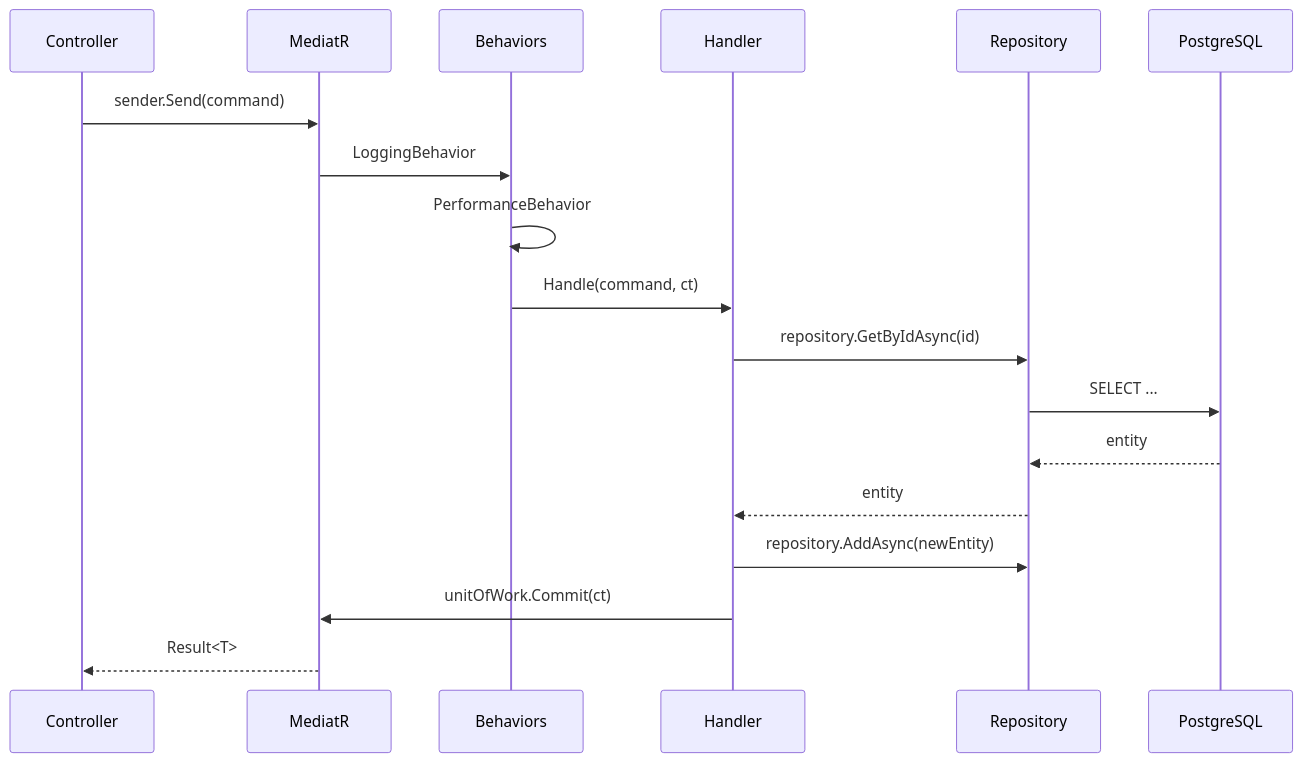
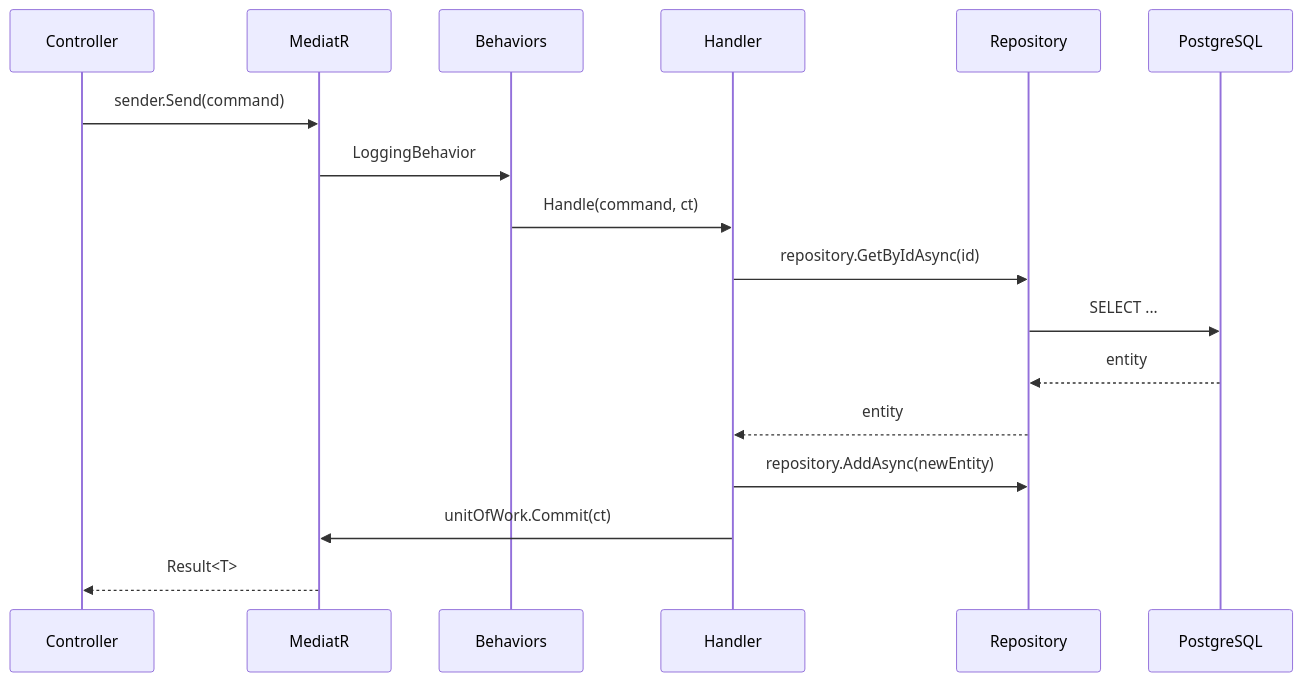
Before and after one commit to eovinicius/ChatApp: the second of 3 diagrams in docs/architecture.md, drawn with Mermaid. The commit also changed other lines of this file and 3 other files, not shown here.

Commit message:
refactor: remove PerformanceBehavior do projeto

````diff
--- a/docs/architecture.md
+++ b/docs/architecture.md
@@ -38,21 +38,20 @@
 ```mermaid
 sequenceDiagram
     participant C as Controller
     participant M as MediatR
     participant B as Behaviors
     participant H as Handler
     participant R as Repository
     participant DB as PostgreSQL
 
     C->>M: sender.Send(command)
     M->>B: LoggingBehavior
-    B->>B: PerformanceBehavior
     B->>H: Handle(command, ct)
     H->>R: repository.GetByIdAsync(id)
     R->>DB: SELECT ...
     DB-->>R: entity
     R-->>H: entity
     H->>R: repository.AddAsync(newEntity)
     H->>M: unitOfWork.Commit(ct)
     M-->>C: Result<T>
 ```
````
